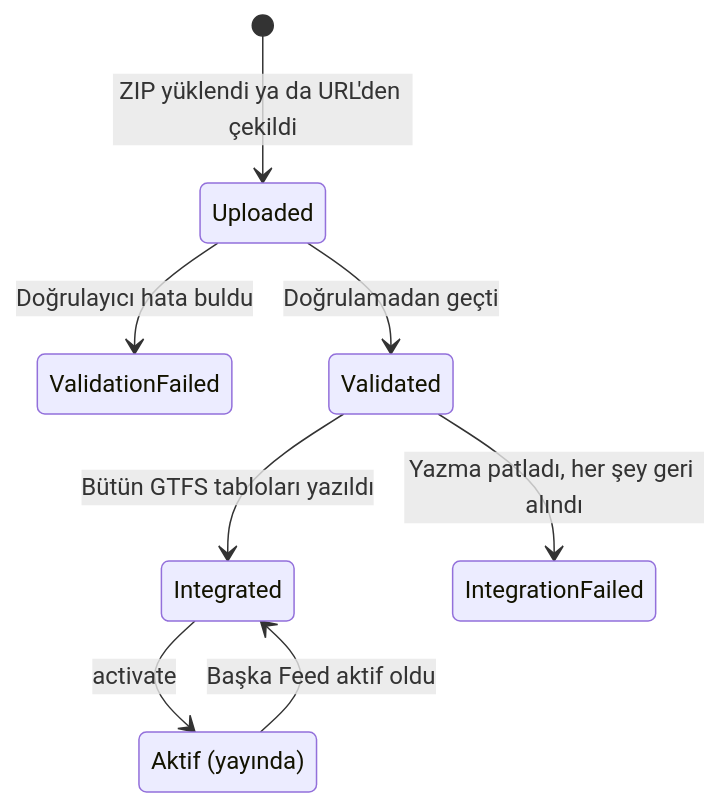
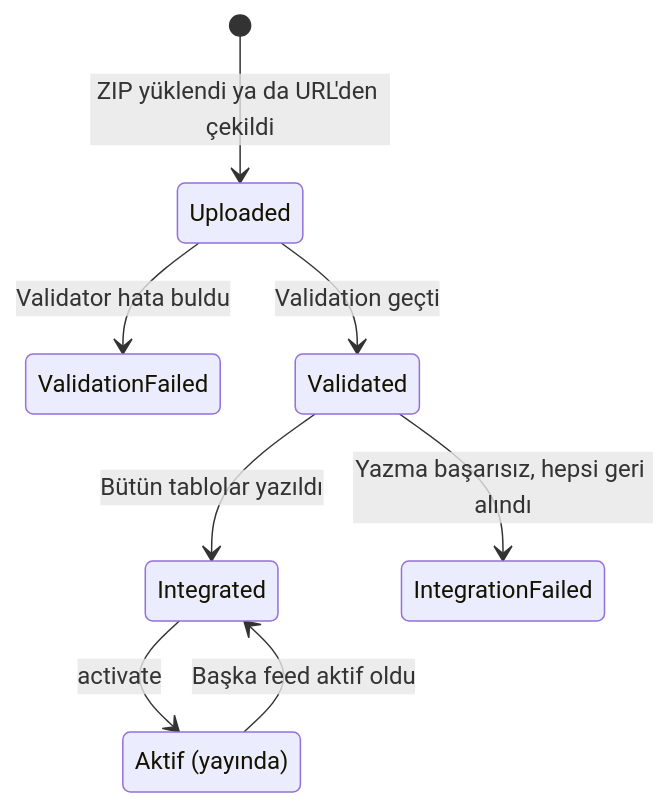
The second of 4 diagrams in README.md (mertbyd/byd-gtfs-management-api), drawn with Mermaid before and after one commit. The commit also changed other lines of this file, not shown here.

````diff
--- a/README.md
+++ b/README.md
@@ -56,11 +35,11 @@
 ```mermaid
 stateDiagram-v2
     [*] --> Uploaded: ZIP yüklendi ya da URL'den çekildi
-    Uploaded --> ValidationFailed: Doğrulayıcı hata buldu
-    Uploaded --> Validated: Doğrulamadan geçti
-    Validated --> Integrated: Bütün GTFS tabloları yazıldı
-    Validated --> IntegrationFailed: Yazma patladı, her şey geri alındı
+    Uploaded --> ValidationFailed: Validator hata buldu
+    Uploaded --> Validated: Validation geçti
+    Validated --> Integrated: Bütün tablolar yazıldı
+    Validated --> IntegrationFailed: Yazma başarısız, hepsi geri alındı
     state "Aktif (yayında)" as Active
     Integrated --> Active: activate
-    Active --> Integrated: Başka Feed aktif oldu
+    Active --> Integrated: Başka feed aktif oldu
 ```
````
